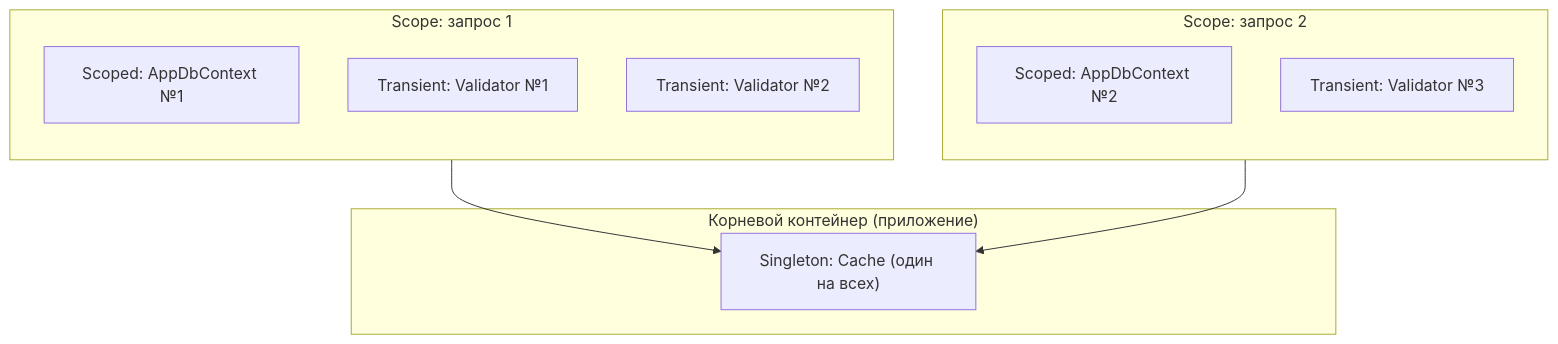
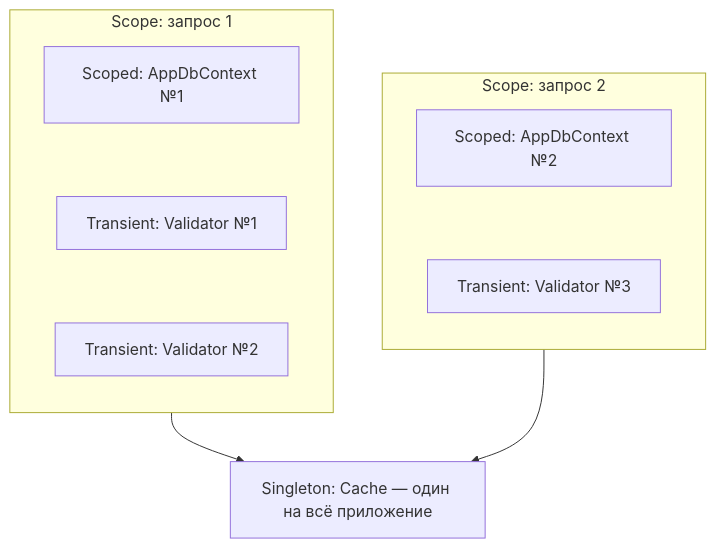
Before and after one commit to sh-sharifjonov/DotnetQuestionsForMiddle: the first of 3 diagrams in content/02-aspnet-core/03-service-lifetimes.md, drawn with Mermaid. The commit also changed 51 other files, not shown here.

First line of the commit message:
Improve diagram layouts, warn about over-wide diagrams

````diff
--- a/content/02-aspnet-core/03-service-lifetimes.md
+++ b/content/02-aspnet-core/03-service-lifetimes.md
@@ -34,19 +34,19 @@
 ```mermaid Экземпляры при двух параллельных запросах
 flowchart TB
-    subgraph App["Корневой контейнер (приложение)"]
-        S["Singleton: Cache (один на всех)"]:::accent
-    end
     subgraph R1["Scope: запрос 1"]
         direction TB
         SC1["Scoped: AppDbContext №1"]
         T1a["Transient: Validator №1"]
         T1b["Transient: Validator №2"]
+        SC1 ~~~ T1a ~~~ T1b
     end
     subgraph R2["Scope: запрос 2"]
         direction TB
         SC2["Scoped: AppDbContext №2"]
         T2a["Transient: Validator №3"]
+        SC2 ~~~ T2a
     end
+    S["Singleton: Cache — один на всё приложение"]:::accent
     R1 --> S
     R2 --> S
 ```
````
